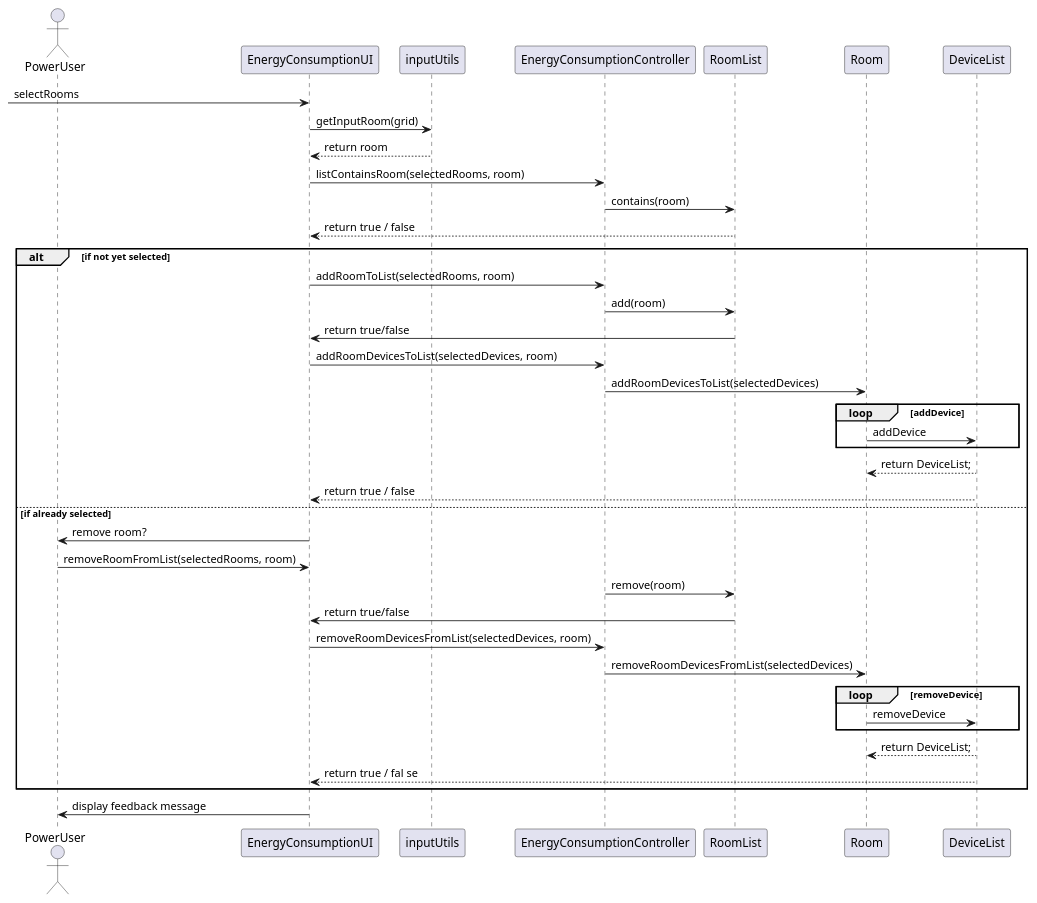
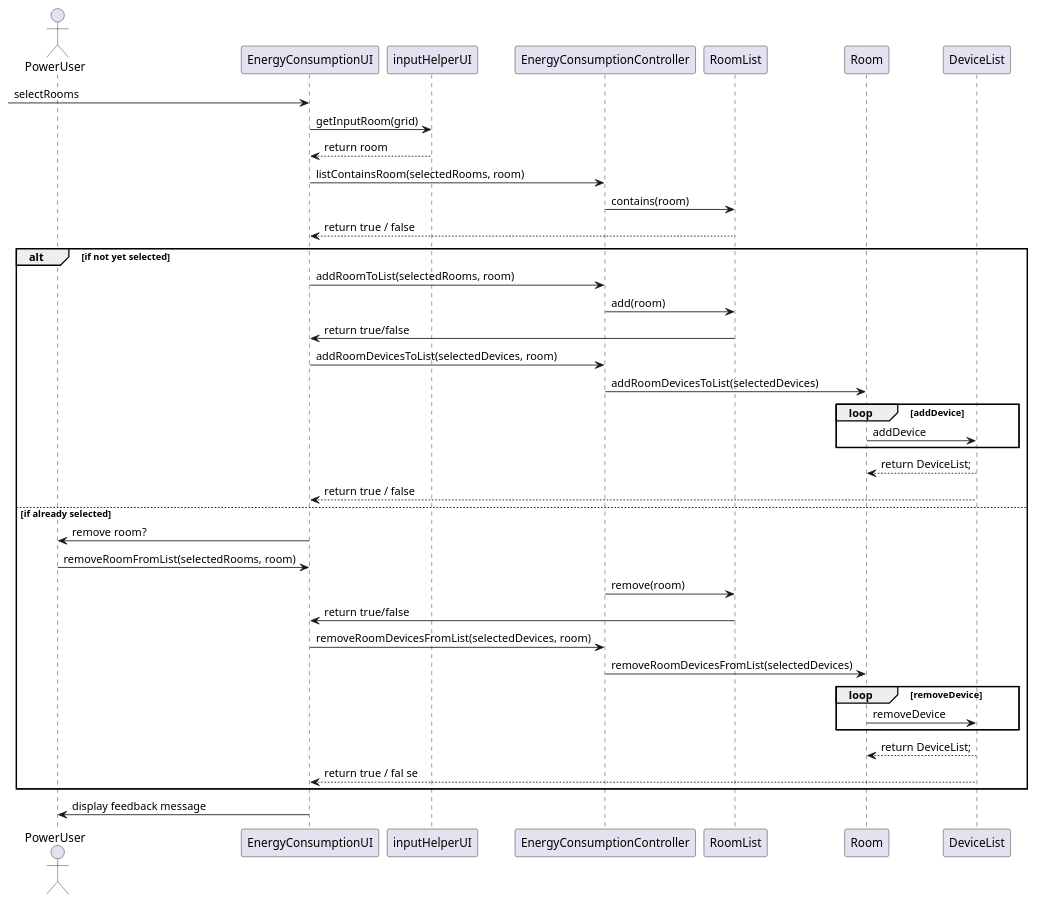
One commit to Almadanmp/project changed the diagram in src/doc/Controllers/EnergyConsumption/selectRoomsComplete_sd_EnergyConsumption.puml. Above: the diagram before and after it, drawn with PlantUML. The commit also changed 14 other files, not shown here.

```diff
--- a/src/doc/Controllers/EnergyConsumption/selectRoomsComplete_sd_EnergyConsumption.puml
+++ b/src/doc/Controllers/EnergyConsumption/selectRoomsComplete_sd_EnergyConsumption.puml
@@ -1,36 +1,36 @@
 @startuml
 
 actor PowerUser
 
 -> EnergyConsumptionUI: selectRooms
-EnergyConsumptionUI -> inputUtils: getInputRoom(grid)
-inputUtils--> EnergyConsumptionUI: return room
+EnergyConsumptionUI -> inputHelperUI: getInputRoom(grid)
+inputHelperUI--> EnergyConsumptionUI: return room
 EnergyConsumptionUI -> EnergyConsumptionController: listContainsRoom(selectedRooms, room)
 EnergyConsumptionController -> RoomList: contains(room)
 RoomList --> EnergyConsumptionUI: return true / false
 alt if not yet selected
 EnergyConsumptionUI -> EnergyConsumptionController: addRoomToList(selectedRooms, room)
 EnergyConsumptionController -> RoomList: add(room)
 RoomList -> EnergyConsumptionUI: return true/false
 EnergyConsumptionUI -> EnergyConsumptionController: addRoomDevicesToList(selectedDevices, room)
 EnergyConsumptionController -> Room: addRoomDevicesToList(selectedDevices)
 loop addDevice
 Room -> DeviceList: addDevice
 end
 DeviceList --> Room:  return DeviceList;
 DeviceList --> EnergyConsumptionUI: return true / false
 else if already selected
 EnergyConsumptionUI -> PowerUser: remove room?
 PowerUser -> EnergyConsumptionUI: removeRoomFromList(selectedRooms, room)
 EnergyConsumptionController -> RoomList: remove(room)
 RoomList -> EnergyConsumptionUI: return true/false
 EnergyConsumptionUI -> EnergyConsumptionController: removeRoomDevicesFromList(selectedDevices, room)
 EnergyConsumptionController -> Room: removeRoomDevicesFromList(selectedDevices)
 loop removeDevice
 Room -> DeviceList: removeDevice
 end
 DeviceList --> Room: return DeviceList;
 DeviceList --> EnergyConsumptionUI: return true / fal se
 end
 EnergyConsumptionUI -> PowerUser: display feedback message
 @enduml
```
